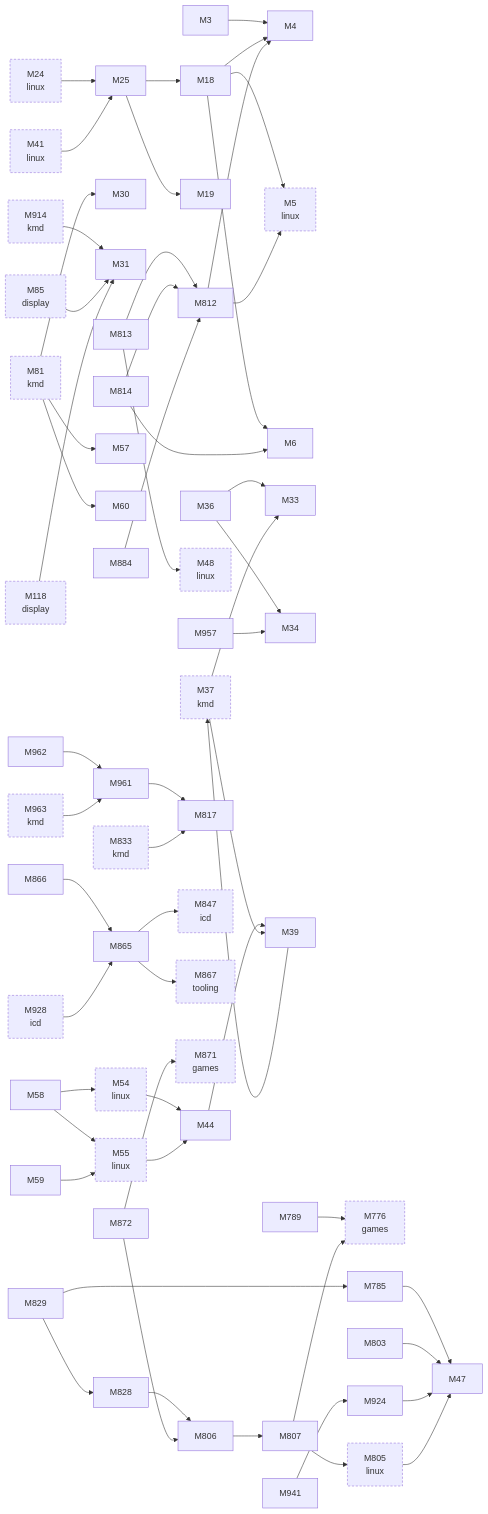
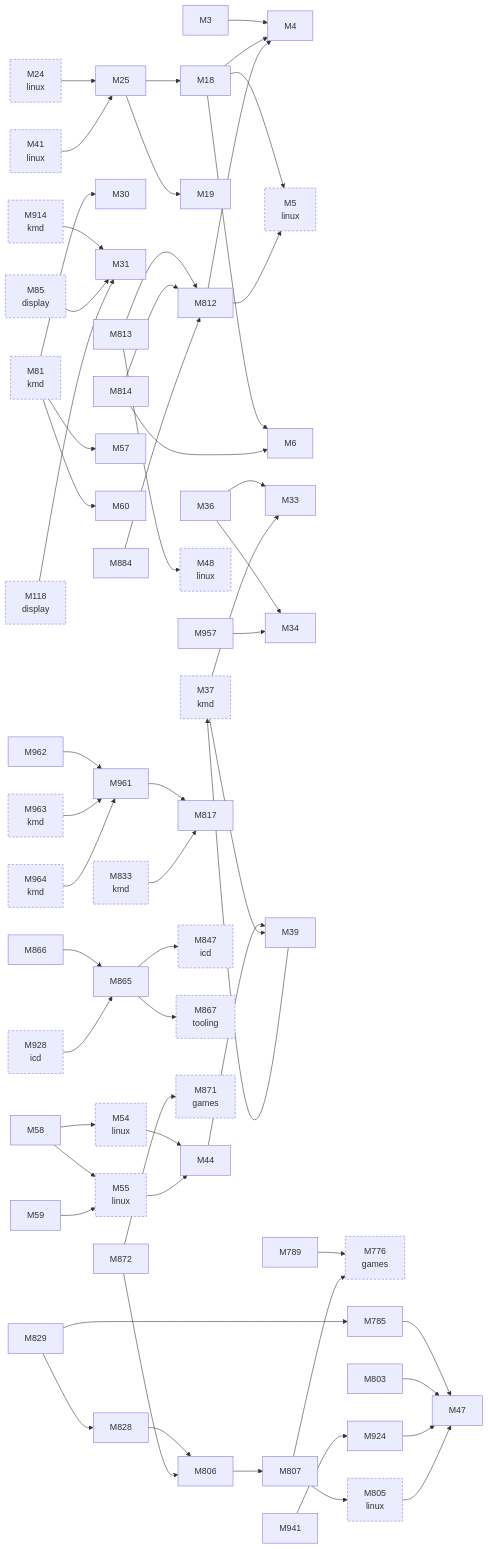
Before and after one commit to D-Ogi/amdgpu-wddm: the second of 3 diagrams in docs/facts/graphs/hardware.md, drawn with Mermaid. The commit also changed 10 other files, not shown here.

````diff
--- a/docs/facts/graphs/hardware.md
+++ b/docs/facts/graphs/hardware.md
@@ -145,6 +145,7 @@
   M961["M961"]
   M962["M962"]
   M963["M963<br/>kmd"]
+  M964["M964<br/>kmd"]
   M3 --> M4
   M18 --> M4
   M18 --> M5
@@ -192,6 +193,7 @@
   M833 --> M817
   M914 --> M31
   M963 --> M961
+  M964 --> M961
   M85 --> M31
   M118 --> M31
   M928 --> M865
@@ -201,5 +203,5 @@
   M55 --> M44
   M805 --> M47
   classDef other stroke-dasharray:4 3
-  class M5,M24,M37,M41,M48,M54,M55,M81,M85,M118,M776,M805,M833,M847,M867,M871,M914,M928,M963 other
+  class M5,M24,M37,M41,M48,M54,M55,M81,M85,M118,M776,M805,M833,M847,M867,M871,M914,M928,M963,M964 other
 ```
````
